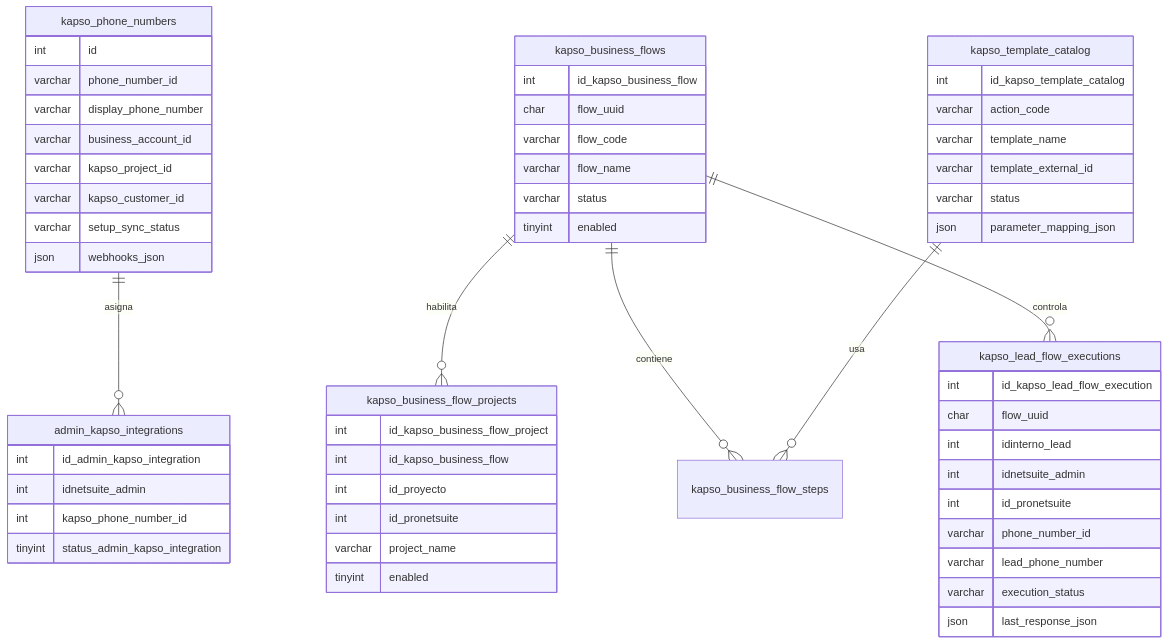
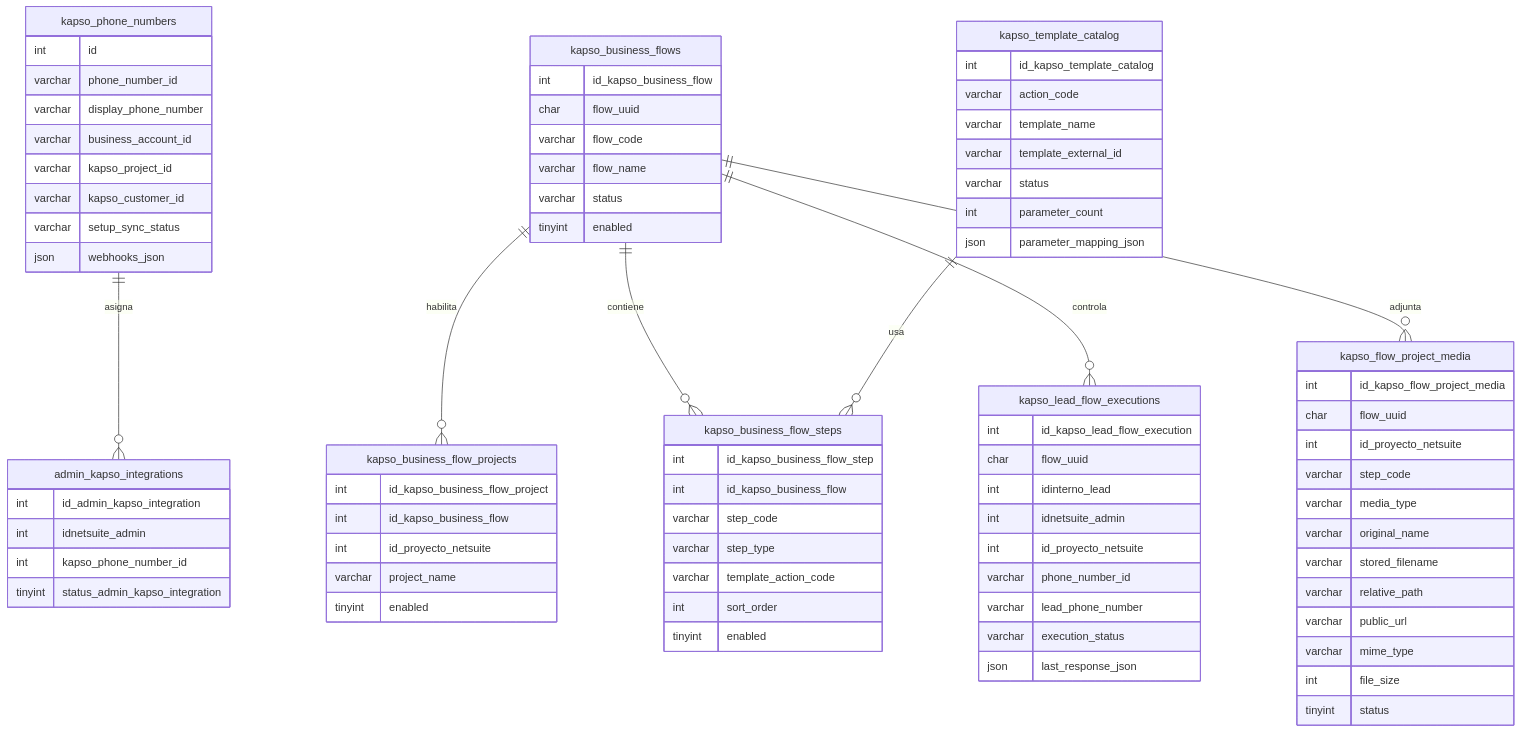
One commit to roccacr/CRM_VENTAS changed the seventh of 7 diagrams in README.md. Above: the diagram before and after it, drawn with Mermaid. The commit also changed other lines of this file and 15 other files, not shown here.

Commit message:
Update Kapso API documentation and enhance media handling features

````diff
--- a/README.md
+++ b/README.md
@@ -559,6 +553,7 @@
   kapso_business_flows ||--o{ kapso_business_flow_steps : contiene
   kapso_template_catalog ||--o{ kapso_business_flow_steps : usa
   kapso_business_flows ||--o{ kapso_lead_flow_executions : controla
+  kapso_business_flows ||--o{ kapso_flow_project_media : adjunta
 
   kapso_phone_numbers {
     int id
@@ -590,9 +585,18 @@
   kapso_business_flow_projects {
     int id_kapso_business_flow_project
     int id_kapso_business_flow
-    int id_proyecto
-    int id_pronetsuite
+    int id_proyecto_netsuite
     varchar project_name
+    tinyint enabled
+  }
+
+  kapso_business_flow_steps {
+    int id_kapso_business_flow_step
+    int id_kapso_business_flow
+    varchar step_code
+    varchar step_type
+    varchar template_action_code
+    int sort_order
     tinyint enabled
   }
 
@@ -602,6 +606,7 @@
     varchar template_name
     varchar template_external_id
     varchar status
+    int parameter_count
     json parameter_mapping_json
   }
 
@@ -610,10 +615,25 @@
     char flow_uuid
     int idinterno_lead
     int idnetsuite_admin
-    int id_pronetsuite
+    int id_proyecto_netsuite
     varchar phone_number_id
     varchar lead_phone_number
     varchar execution_status
     json last_response_json
   }
+
+  kapso_flow_project_media {
+    int id_kapso_flow_project_media
+    char flow_uuid
+    int id_proyecto_netsuite
+    varchar step_code
+    varchar media_type
+    varchar original_name
+    varchar stored_filename
+    varchar relative_path
+    varchar public_url
+    varchar mime_type
+    int file_size
+    tinyint status
+  }
 ```
````
